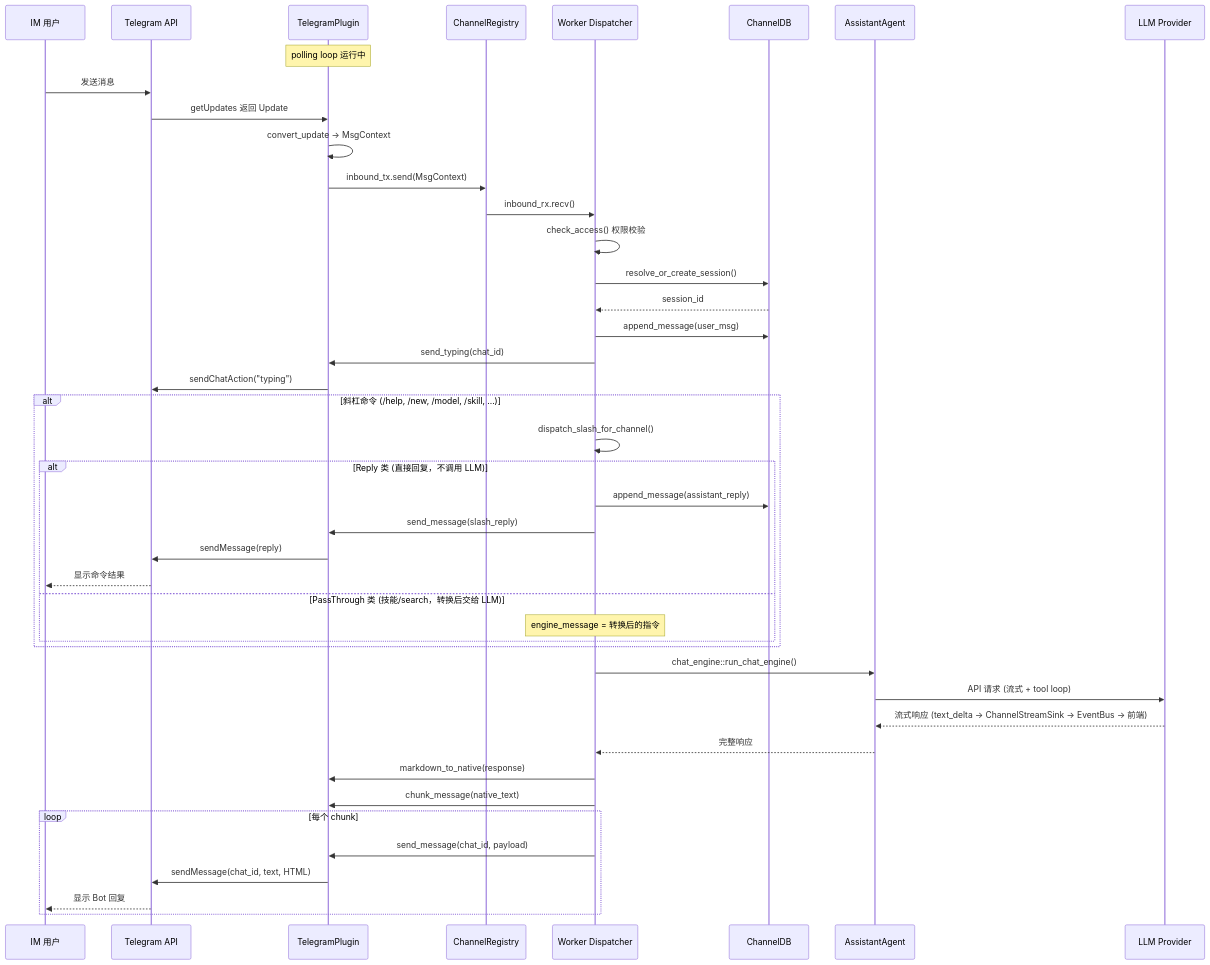
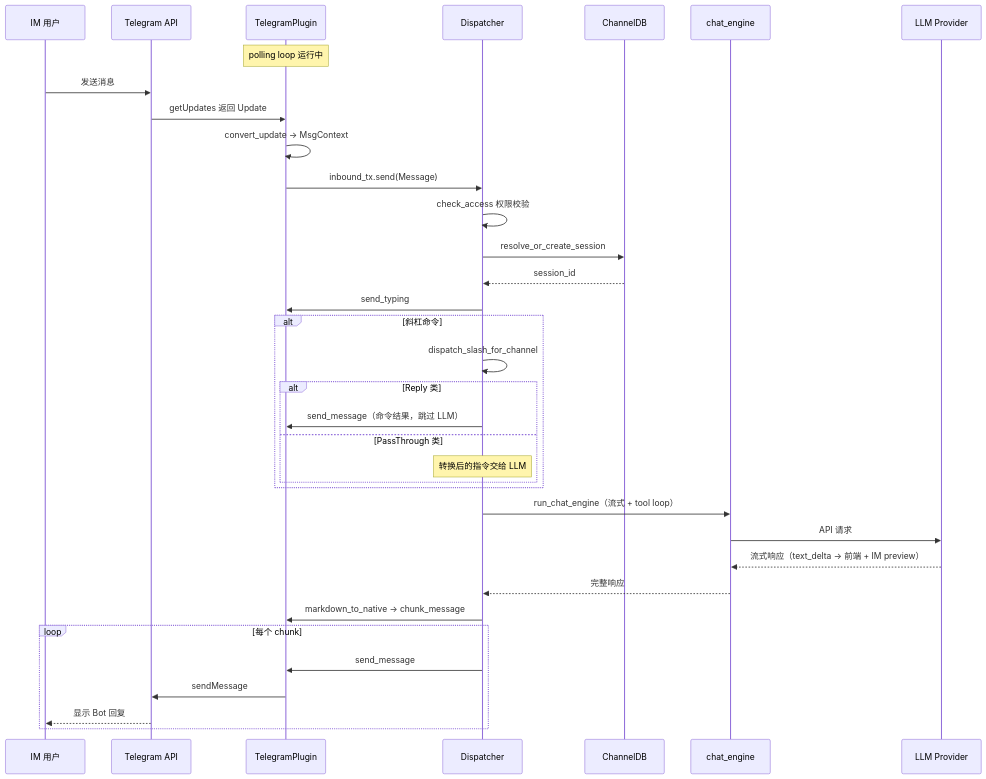
One commit to shiwenwen/hope-agent changed the fifth of 10 diagrams in docs/architecture/im-channel.md. Above: the diagram before and after it, drawn with Mermaid. The commit also changed other lines of this file and 1 other file, not shown here.

First line of the commit message:
🦭docs: 巨无霸 tool-system / im-channel 按新标准重做

````diff
--- a/docs/architecture/im-channel.md
+++ b/docs/architecture/im-channel.md
@@ -433,52 +414,38 @@
 ```mermaid
 sequenceDiagram
     participant User as IM 用户
     participant TG as Telegram API
     participant Plugin as TelegramPlugin
-    participant Registry as ChannelRegistry
-    participant Worker as Worker Dispatcher
+    participant Worker as Dispatcher
     participant DB as ChannelDB
-    participant Agent as AssistantAgent
+    participant Agent as chat_engine
     participant LLM as LLM Provider
 
     Note over Plugin: polling loop 运行中
-
     User->>TG: 发送消息
     TG->>Plugin: getUpdates 返回 Update
     Plugin->>Plugin: convert_update → MsgContext
-    Plugin->>Registry: inbound_tx.send(MsgContext)
-    Registry->>Worker: inbound_rx.recv()
-
-    Worker->>Worker: check_access() 权限校验
-    Worker->>DB: resolve_or_create_session()
+    Plugin->>Worker: inbound_tx.send(Message)
+    Worker->>Worker: check_access 权限校验
+    Worker->>DB: resolve_or_create_session
     DB-->>Worker: session_id
-
-    Worker->>DB: append_message(user_msg)
-    Worker->>Plugin: send_typing(chat_id)
-    Plugin->>TG: sendChatAction("typing")
-
-    alt 斜杠命令 (/help, /new, /model, /skill, ...)
-        Worker->>Worker: dispatch_slash_for_channel()
-        alt Reply 类 (直接回复，不调用 LLM)
-            Worker->>DB: append_message(assistant_reply)
-            Worker->>Plugin: send_message(slash_reply)
-            Plugin->>TG: sendMessage(reply)
-            TG-->>User: 显示命令结果
-        else PassThrough 类 (技能/search，转换后交给 LLM)
-            Note over Worker: engine_message = 转换后的指令
+    Worker->>Plugin: send_typing
+    alt 斜杠命令
+        Worker->>Worker: dispatch_slash_for_channel
+        alt Reply 类
+            Worker->>Plugin: send_message（命令结果，跳过 LLM）
+        else PassThrough 类
+            Note over Worker: 转换后的指令交给 LLM
         end
     end
-
-    Worker->>Agent: chat_engine::run_chat_engine()
-    Agent->>LLM: API 请求 (流式 + tool loop)
-    LLM-->>Agent: 流式响应 (text_delta → ChannelStreamSink → EventBus → 前端)
+    Worker->>Agent: run_chat_engine（流式 + tool loop）
+    Agent->>LLM: API 请求
+    LLM-->>Agent: 流式响应（text_delta → 前端 + IM preview）
     Agent-->>Worker: 完整响应
-    Worker->>Plugin: markdown_to_native(response)
-    Worker->>Plugin: chunk_message(native_text)
-
+    Worker->>Plugin: markdown_to_native → chunk_message
     loop 每个 chunk
-        Worker->>Plugin: send_message(chat_id, payload)
-        Plugin->>TG: sendMessage(chat_id, text, HTML)
+        Worker->>Plugin: send_message
+        Plugin->>TG: sendMessage
         TG-->>User: 显示 Bot 回复
     end
 ```
````
